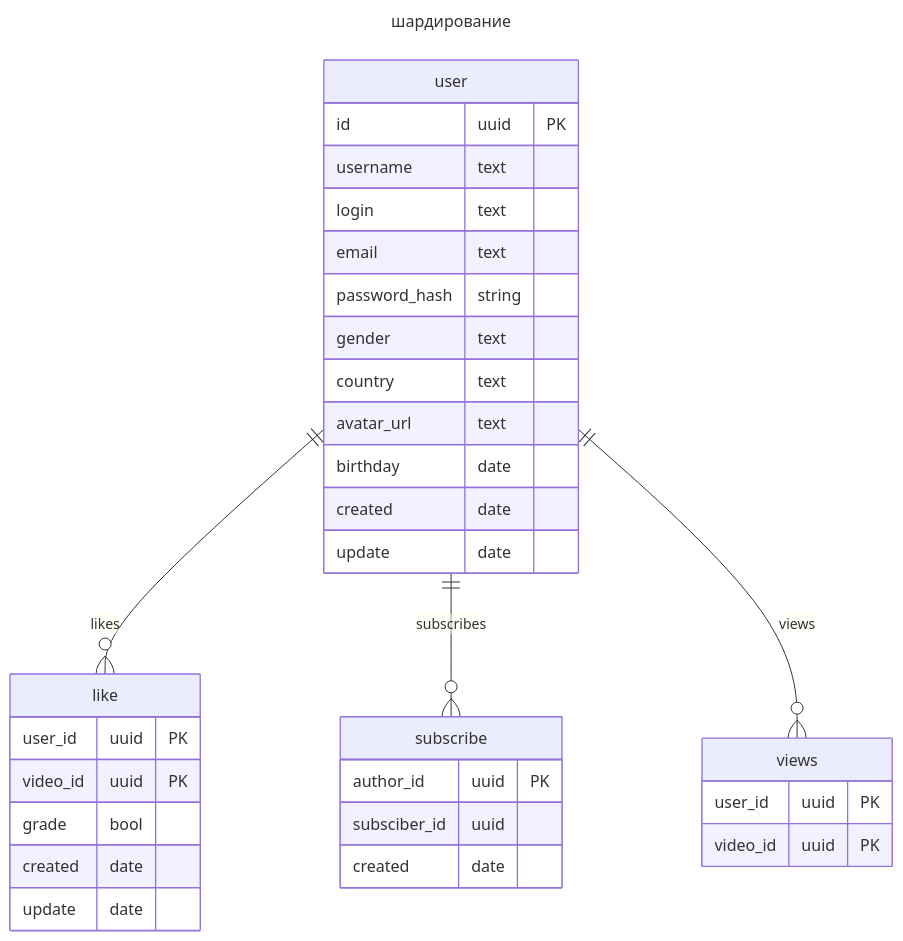
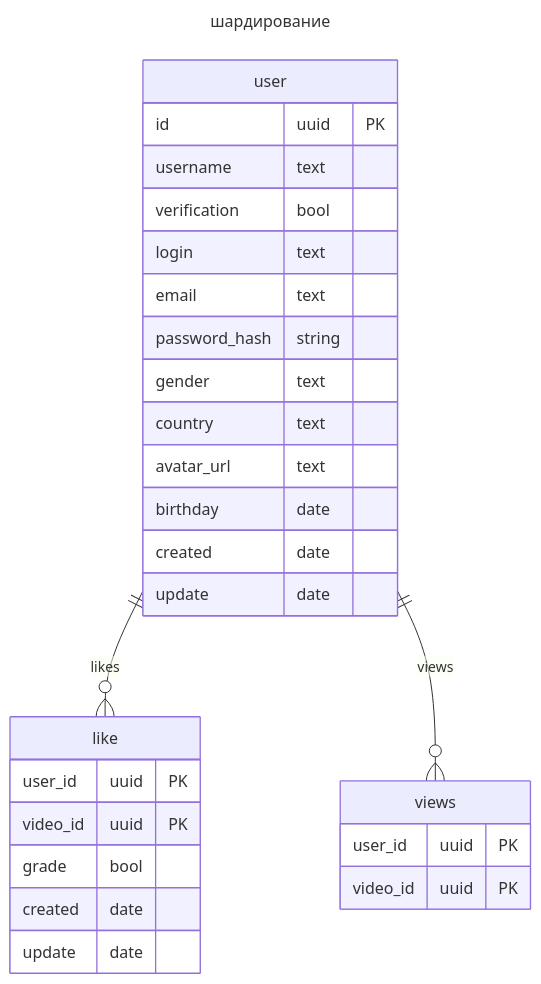
One commit to DmitriyKomarovCoder/higload-youtube changed the second of 6 diagrams in README.md. Above: the diagram before and after it, drawn with Mermaid. The commit also changed other lines of this file and 1 other file, not shown here.

````diff
--- a/README.md
+++ b/README.md
@@ -633,38 +634,34 @@
 ```mermaid
 ---
 title: шардирование
 ---
 erDiagram
     like {
         user_id uuid PK
         video_id uuid PK
         grade bool
         created date
         update date
     }
     user {
         id uuid PK
         username text
+        verification bool
         login text
         email text
         password_hash string
         gender text
         country text
         avatar_url text
         birthday date
         created date
         update date
     }
-    subscribe {
-        author_id uuid PK
-        subsciber_id uuid
-        created date
-    }
+
     views {
         user_id uuid PK
         video_id uuid PK
     }
     user ||--o{ like : likes
-    user ||--o{ subscribe : subscribes
     user ||--o{ views : views
 ```
````
